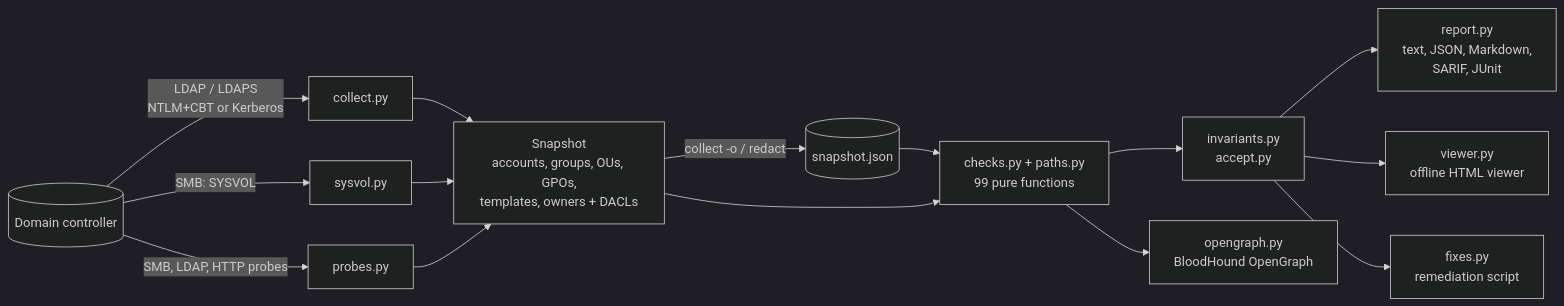
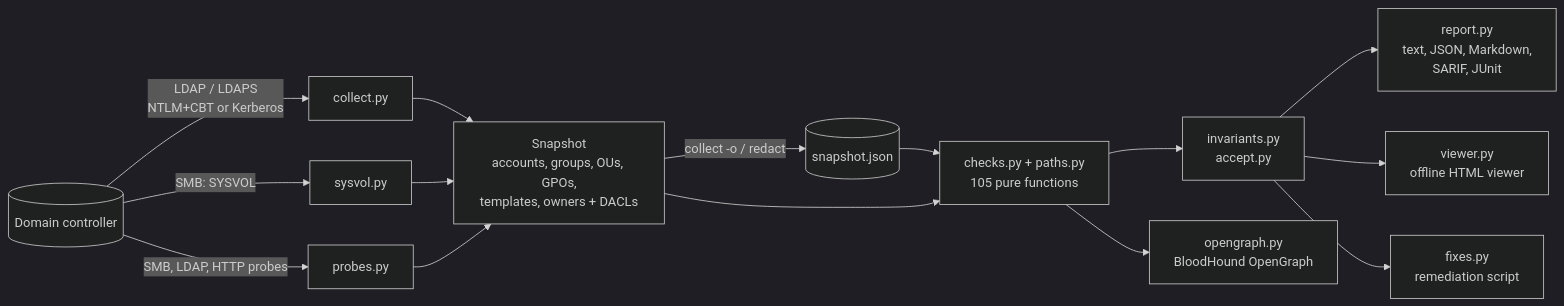
The diagram in README.md (brkozer/ad-doctor), drawn with Mermaid (dark theme) before and after one commit. The commit also changed other lines of this file and 17 other files, not shown here.

````diff
--- a/README.md
+++ b/README.md
@@ -415,17 +428,17 @@
 ```mermaid
 flowchart LR
     DC[(Domain controller)] -- "LDAP / LDAPS<br/>NTLM+CBT or Kerberos" --> C[collect.py]
     DC -- "SMB: SYSVOL" --> V[sysvol.py]
     DC -- "SMB, LDAP, HTTP probes" --> P[probes.py]
     C --> S[Snapshot<br/>accounts, groups, OUs, GPOs,<br/>templates, owners + DACLs]
     V --> S
     P --> S
     S -- "collect -o / redact" --> F[(snapshot.json)]
     F --> A
-    S --> A[checks.py + paths.py<br/>99 pure functions]
+    S --> A[checks.py + paths.py<br/>105 pure functions]
     A --> I[invariants.py<br/>accept.py]
     I --> R[report.py<br/>text, JSON, Markdown,<br/>SARIF, JUnit]
     I --> W[viewer.py<br/>offline HTML viewer]
     I --> X[fixes.py<br/>remediation script]
     A --> O[opengraph.py<br/>BloodHound OpenGraph]
 ```
````
